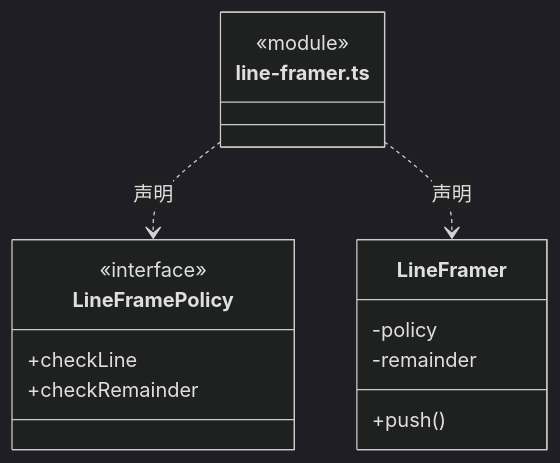
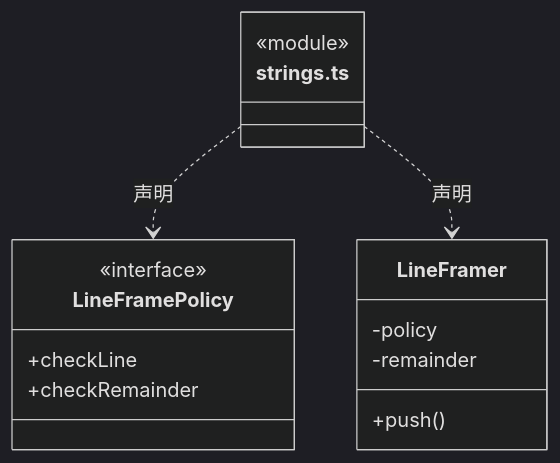
One commit to nan023062/cbim changed the eighth of 9 diagrams in src/foundations/utility/ARCHITECTURE.md. Above: the diagram before and after it, drawn with Mermaid (dark theme). The commit also changed other lines of this file and 28 other files, not shown here.

````diff
--- a/src/foundations/utility/ARCHITECTURE.md
+++ b/src/foundations/utility/ARCHITECTURE.md
@@ -127,18 +129,18 @@
 ```mermaid
 classDiagram
-class N_src_foundations_utility_line_framer_ts["line-framer.ts"] {
+class N_src_foundations_utility_strings_ts["strings.ts"] {
   <<module>>
 }
-class N_src_foundations_utility_line_framer_ts_LineFramePolicy["LineFramePolicy"] {
+class N_src_foundations_utility_strings_ts_LineFramePolicy["LineFramePolicy"] {
   <<interface>>
   +checkLine
   +checkRemainder
 }
-N_src_foundations_utility_line_framer_ts ..> N_src_foundations_utility_line_framer_ts_LineFramePolicy : 声明
-class N_src_foundations_utility_line_framer_ts_LineFramer["LineFramer"] {
+N_src_foundations_utility_strings_ts ..> N_src_foundations_utility_strings_ts_LineFramePolicy : 声明
+class N_src_foundations_utility_strings_ts_LineFramer["LineFramer"] {
   +push()
   -policy
   -remainder
 }
-N_src_foundations_utility_line_framer_ts ..> N_src_foundations_utility_line_framer_ts_LineFramer : 声明
+N_src_foundations_utility_strings_ts ..> N_src_foundations_utility_strings_ts_LineFramer : 声明
 ```
````
